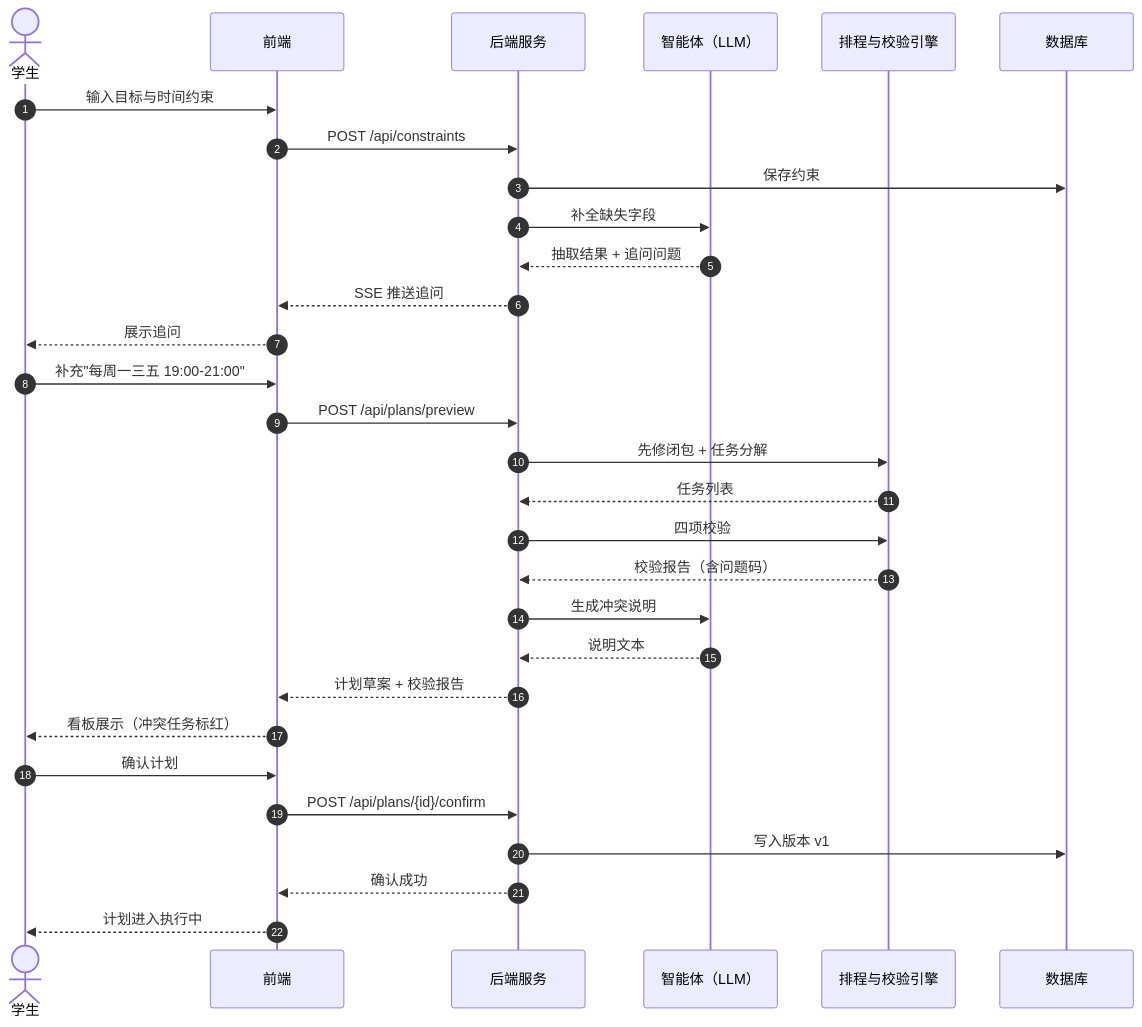
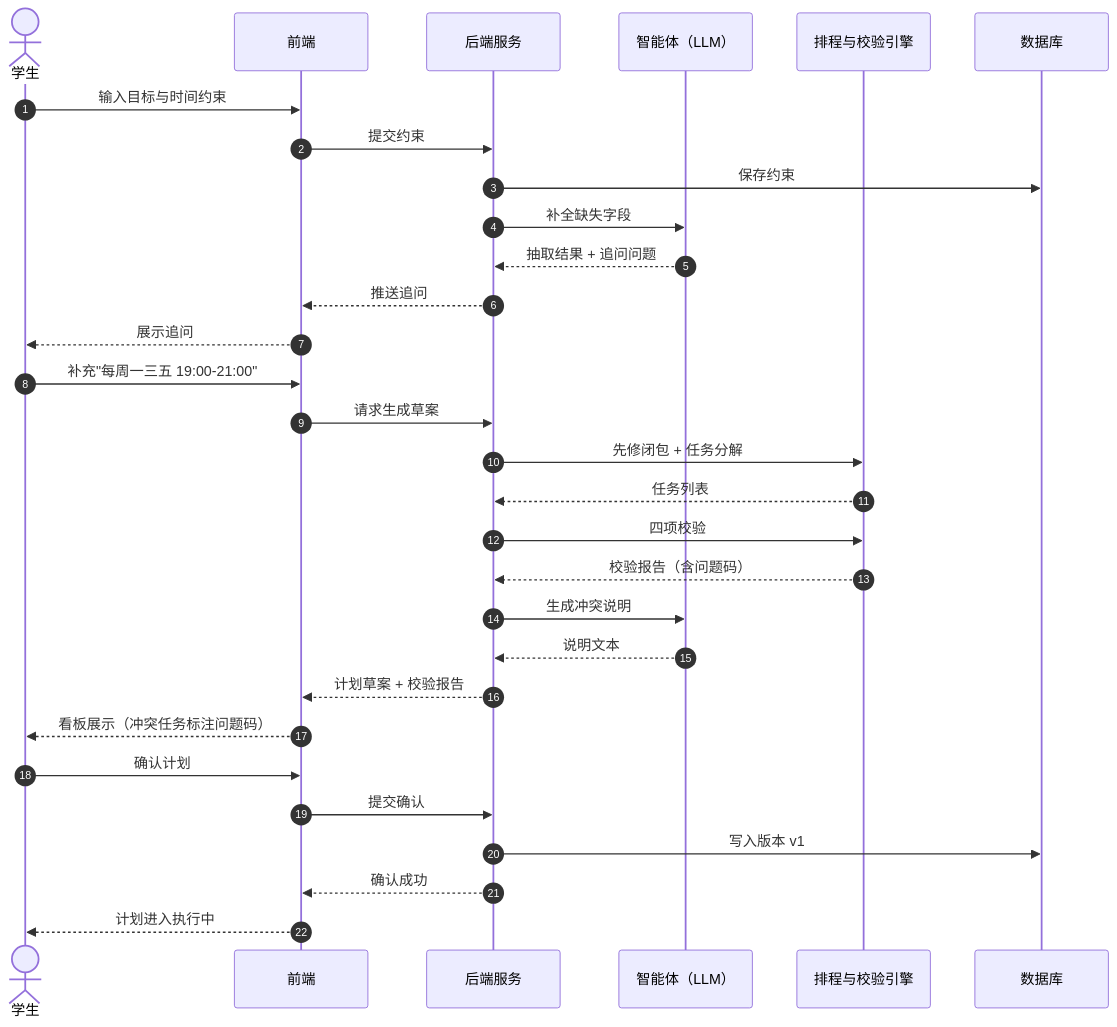
Before and after one commit to PeiChen1215/CoursePlan: the diagram in docs/02_需求/figures/src/fig-3-4-sequence.mmd, drawn with Mermaid. The commit also changed 17 other files, not shown here.

Commit message:
docs(D02): v2.4 补 3 张泳道图、修 6 处图文矛盾、补元信息表与目录

```diff
--- a/docs/02_需求/figures/src/fig-3-4-sequence.mmd
+++ b/docs/02_需求/figures/src/fig-3-4-sequence.mmd
@@ -1,31 +1,31 @@
 sequenceDiagram
     autonumber
     actor S as 学生
     participant W as 前端
     participant B as 后端服务
     participant AG as 智能体（LLM）
     participant EN as 排程与校验引擎
     participant DB as 数据库
 
     S->>W: 输入目标与时间约束
-    W->>B: POST /api/constraints
+    W->>B: 提交约束
     B->>DB: 保存约束
     B->>AG: 补全缺失字段
     AG-->>B: 抽取结果 + 追问问题
-    B-->>W: SSE 推送追问
+    B-->>W: 推送追问
     W-->>S: 展示追问
     S->>W: 补充"每周一三五 19:00-21:00"
-    W->>B: POST /api/plans/preview
+    W->>B: 请求生成草案
     B->>EN: 先修闭包 + 任务分解
     EN-->>B: 任务列表
     B->>EN: 四项校验
     EN-->>B: 校验报告（含问题码）
     B->>AG: 生成冲突说明
     AG-->>B: 说明文本
     B-->>W: 计划草案 + 校验报告
-    W-->>S: 看板展示（冲突任务标红）
+    W-->>S: 看板展示（冲突任务标注问题码）
     S->>W: 确认计划
-    W->>B: POST /api/plans/{id}/confirm
+    W->>B: 提交确认
     B->>DB: 写入版本 v1
     B-->>W: 确认成功
     W-->>S: 计划进入执行中
```
